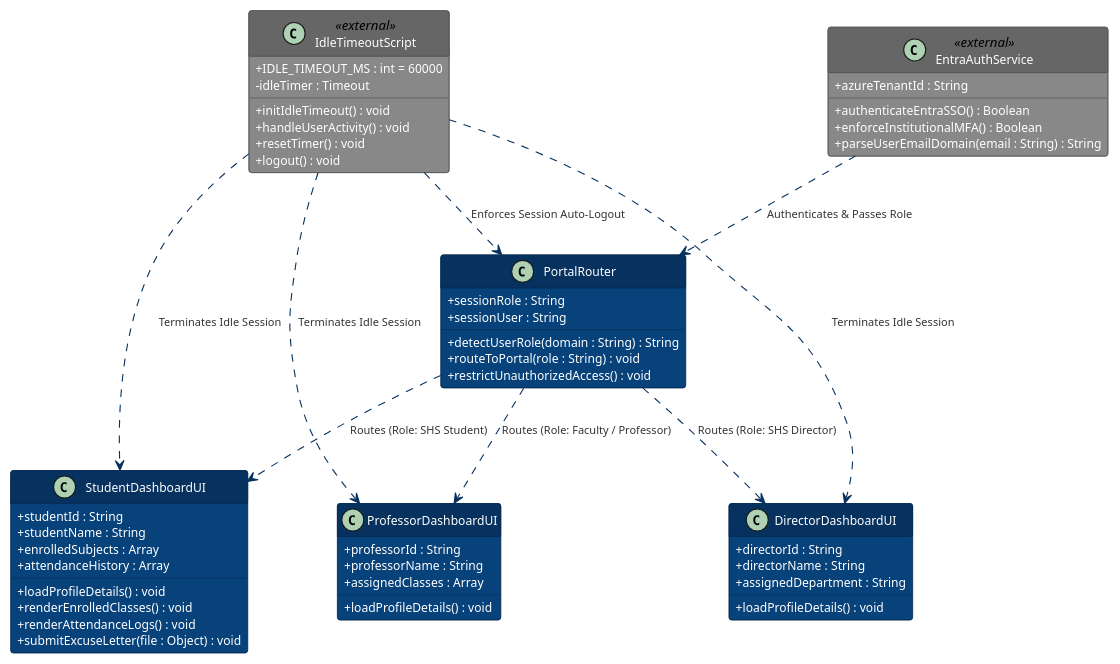
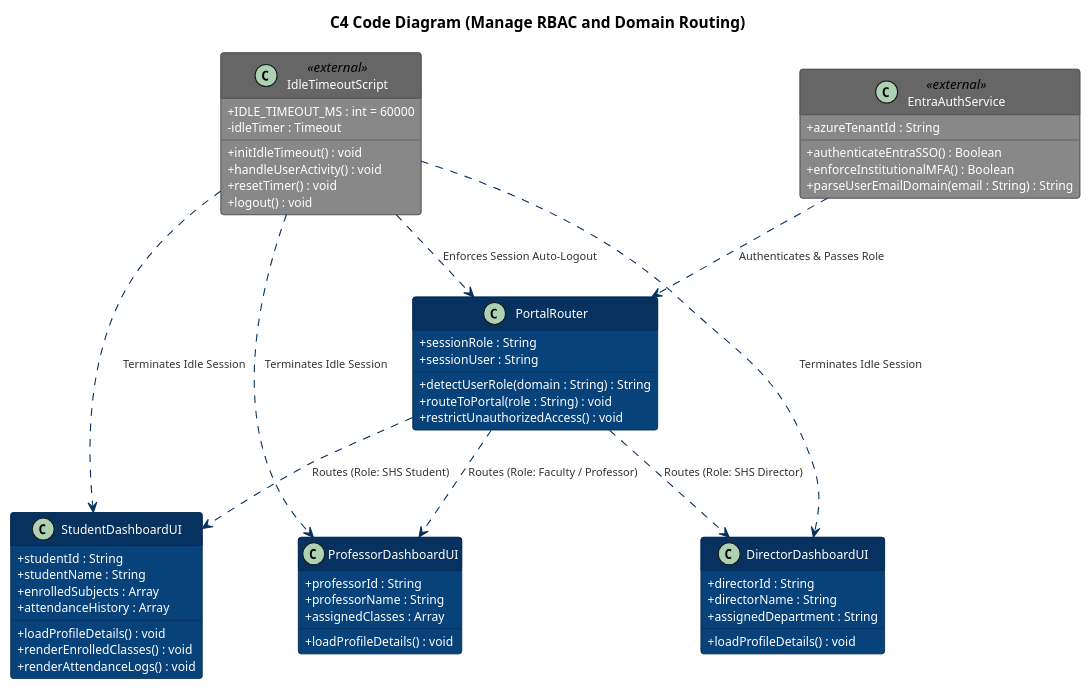
The diagram in docs/MSYADD1/Code Diagram.puml (APC-SoCIT/APC-2026-2027-T1-IT241-Grp2-F.L.A.S.H-Fast-Logging-Automated-Secure-Hybrid-attendance), drawn with PlantUML before and after one commit.

Commit message:
Added use case title for code diagram

```diff
--- a/docs/MSYADD1/Code Diagram.puml
+++ b/docs/MSYADD1/Code Diagram.puml
@@ -1,93 +1,94 @@
 @startuml
 skinparam classAttributeIconSize 0
 skinparam DefaultFontName Arial
 skinparam DefaultFontSize 12
 skinparam ArrowColor #07325F
 skinparam ArrowFontColor #333333
 skinparam ArrowFontSize 10
+
+title C4 Code Diagram (Manage RBAC and Domain Routing)
 
 skinparam class {
     BackgroundColor #08427B
     HeaderBackgroundColor #07325F
     BorderColor #05284C
     FontColor #FFFFFF
     AttributeFontColor #FFFFFF
     AttributeFontSize 11
 }
 
 skinparam class<<external>> {
     BackgroundColor #888888
     HeaderBackgroundColor #666666
     BorderColor #444444
     FontColor #FFFFFF
     AttributeFontColor #FFFFFF
     AttributeFontSize 11
 }
 
 ' FLASH-1 & FLASH-2: Authentication, Entra ID SSO & RBAC
 class EntraAuthService <<external>> {
     +azureTenantId : String
     +authenticateEntraSSO() : Boolean
     +enforceInstitutionalMFA() : Boolean
     +parseUserEmailDomain(email : String) : String
 }
 
 ' FLASH-2: Session Management & Auto-Logout
 class IdleTimeoutScript <<external>> {
     +IDLE_TIMEOUT_MS : int = 60000
     -idleTimer : Timeout
     +initIdleTimeout() : void
     +handleUserActivity() : void
     +resetTimer() : void
     +logout() : void
 }
 
 ' FLASH-2: Role Routing Controller (Handles Student, Professor, and Director)
 class PortalRouter {
     +sessionRole : String
     +sessionUser : String
     +detectUserRole(domain : String) : String
     +routeToPortal(role : String) : void
     +restrictUnauthorizedAccess() : void
 }
 
 ' FLASH-3: SHS Student Profile Dashboard
 class StudentDashboardUI {
     +studentId : String
     +studentName : String
     +enrolledSubjects : Array
     +attendanceHistory : Array
     +loadProfileDetails() : void
     +renderEnrolledClasses() : void
     +renderAttendanceLogs() : void
-    +submitExcuseLetter(file : Object) : void
 }
 
 ' Sprint 1 Placeholder Landing Dashboards for Professor & Director Roles
 class ProfessorDashboardUI {
     +professorId : String
     +professorName : String
     +assignedClasses : Array
     +loadProfileDetails() : void
 }
 
 class DirectorDashboardUI {
     +directorId : String
     +directorName : String
     +assignedDepartment : String
     +loadProfileDetails() : void
 }
 
 ' Sprint 1 Relationships & Role Routing
 EntraAuthService ..> PortalRouter : Authenticates & Passes Role
 PortalRouter ..> StudentDashboardUI : Routes (Role: SHS Student)
 PortalRouter ..> ProfessorDashboardUI : Routes (Role: Faculty / Professor)
 PortalRouter ..> DirectorDashboardUI : Routes (Role: SHS Director)
 
 ' Session Security (Active across all dashboards)
 IdleTimeoutScript ..> PortalRouter : Enforces Session Auto-Logout
 IdleTimeoutScript ..> StudentDashboardUI : Terminates Idle Session
 IdleTimeoutScript ..> ProfessorDashboardUI : Terminates Idle Session
 IdleTimeoutScript ..> DirectorDashboardUI : Terminates Idle Session
 
 @enduml
```
